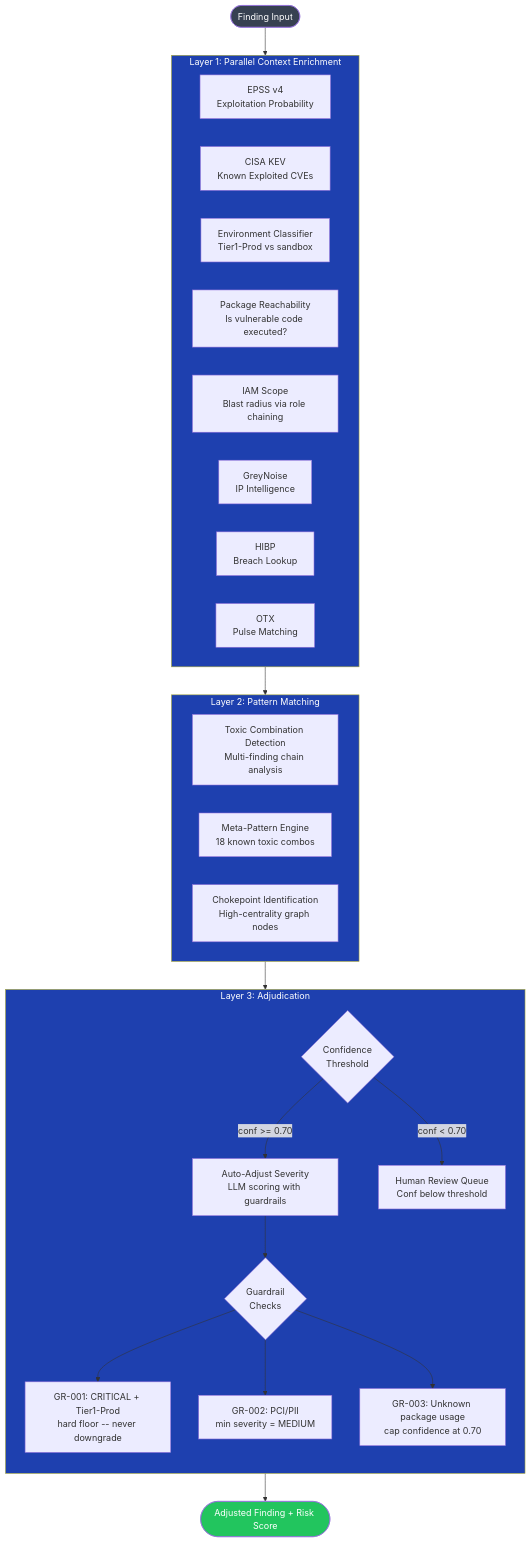
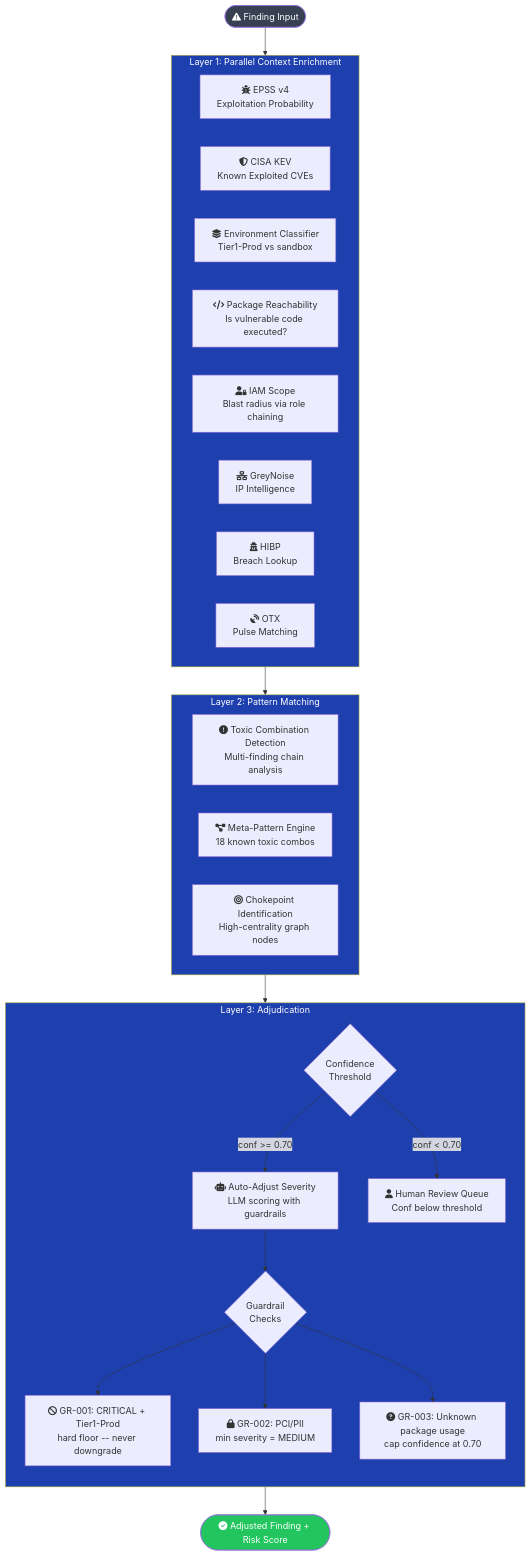
The diagram in docs/core/diagrams/risk-intelligence-pipeline.mmd (lvonguyen/cloudforge), drawn with Mermaid before and after one commit. The commit also changed 16 other files, not shown here.

First line of the commit message:
docs: deployment checklist, docs audit fixes, diagram icon enrichment

```diff
--- a/docs/core/diagrams/risk-intelligence-pipeline.mmd
+++ b/docs/core/diagrams/risk-intelligence-pipeline.mmd
@@ -1,50 +1,50 @@
 flowchart TD
-    A([Finding Input]) --> L1
+    A(["fa:fa-exclamation-triangle Finding Input"]) --> L1
 
     subgraph L1 ["Layer 1: Parallel Context Enrichment"]
         direction LR
-        B1[EPSS v4\nExploitation Probability]
-        B2[CISA KEV\nKnown Exploited CVEs]
-        B3[Environment Classifier\nTier1-Prod vs sandbox]
-        B4[Package Reachability\nIs vulnerable code executed?]
-        B5[IAM Scope\nBlast radius via role chaining]
-        B6[GreyNoise\nIP Intelligence]
-        B7[HIBP\nBreach Lookup]
-        B8[OTX\nPulse Matching]
+        B1["fa:fa-bug EPSS v4\nExploitation Probability"]
+        B2["fa:fa-shield-alt CISA KEV\nKnown Exploited CVEs"]
+        B3["fa:fa-layer-group Environment Classifier\nTier1-Prod vs sandbox"]
+        B4["fa:fa-code Package Reachability\nIs vulnerable code executed?"]
+        B5["fa:fa-user-lock IAM Scope\nBlast radius via role chaining"]
+        B6["fa:fa-network-wired GreyNoise\nIP Intelligence"]
+        B7["fa:fa-user-secret HIBP\nBreach Lookup"]
+        B8["fa:fa-satellite-dish OTX\nPulse Matching"]
     end
 
     L1 --> L2
 
     subgraph L2 ["Layer 2: Pattern Matching"]
         direction LR
-        C1[Toxic Combination Detection\nMulti-finding chain analysis]
-        C2[Meta-Pattern Engine\n18 known toxic combos]
-        C3[Chokepoint Identification\nHigh-centrality graph nodes]
+        C1["fa:fa-exclamation-circle Toxic Combination Detection\nMulti-finding chain analysis"]
+        C2["fa:fa-project-diagram Meta-Pattern Engine\n18 known toxic combos"]
+        C3["fa:fa-bullseye Chokepoint Identification\nHigh-centrality graph nodes"]
     end
 
     L2 --> L3
 
     subgraph L3 ["Layer 3: Adjudication"]
         direction TB
         D1{Confidence\nThreshold}
-        D2[Auto-Adjust Severity\nLLM scoring with guardrails]
-        D3[Human Review Queue\nConf below threshold]
+        D2["fa:fa-robot Auto-Adjust Severity\nLLM scoring with guardrails"]
+        D3["fa:fa-user Human Review Queue\nConf below threshold"]
         D4{Guardrail\nChecks}
-        D5[GR-001: CRITICAL + Tier1-Prod\nhard floor -- never downgrade]
-        D6[GR-002: PCI/PII\nmin severity = MEDIUM]
-        D7[GR-003: Unknown package usage\ncap confidence at 0.70]
+        D5["fa:fa-ban GR-001: CRITICAL + Tier1-Prod\nhard floor -- never downgrade"]
+        D6["fa:fa-lock GR-002: PCI/PII\nmin severity = MEDIUM"]
+        D7["fa:fa-question-circle GR-003: Unknown package usage\ncap confidence at 0.70"]
         D1 -->|conf >= 0.70| D2
         D1 -->|conf < 0.70| D3
         D2 --> D4
         D4 --> D5
         D4 --> D6
         D4 --> D7
     end
 
-    L3 --> E([Adjusted Finding + Risk Score])
+    L3 --> E(["fa:fa-check-circle Adjusted Finding + Risk Score"])
 
     style L1 fill:#1e40af,color:#fff
     style L2 fill:#1e40af,color:#fff
     style L3 fill:#1e40af,color:#fff
     style E fill:#22c55e,color:#fff
     style A fill:#374151,color:#fff
```
